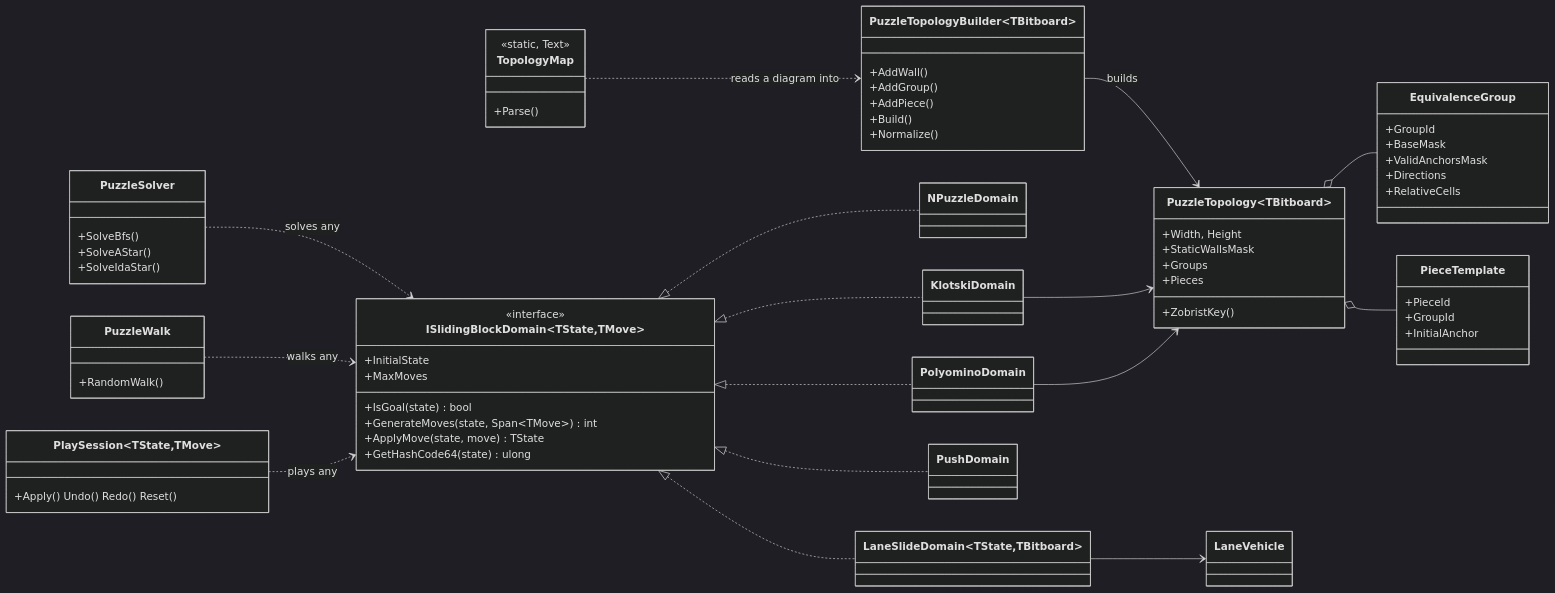
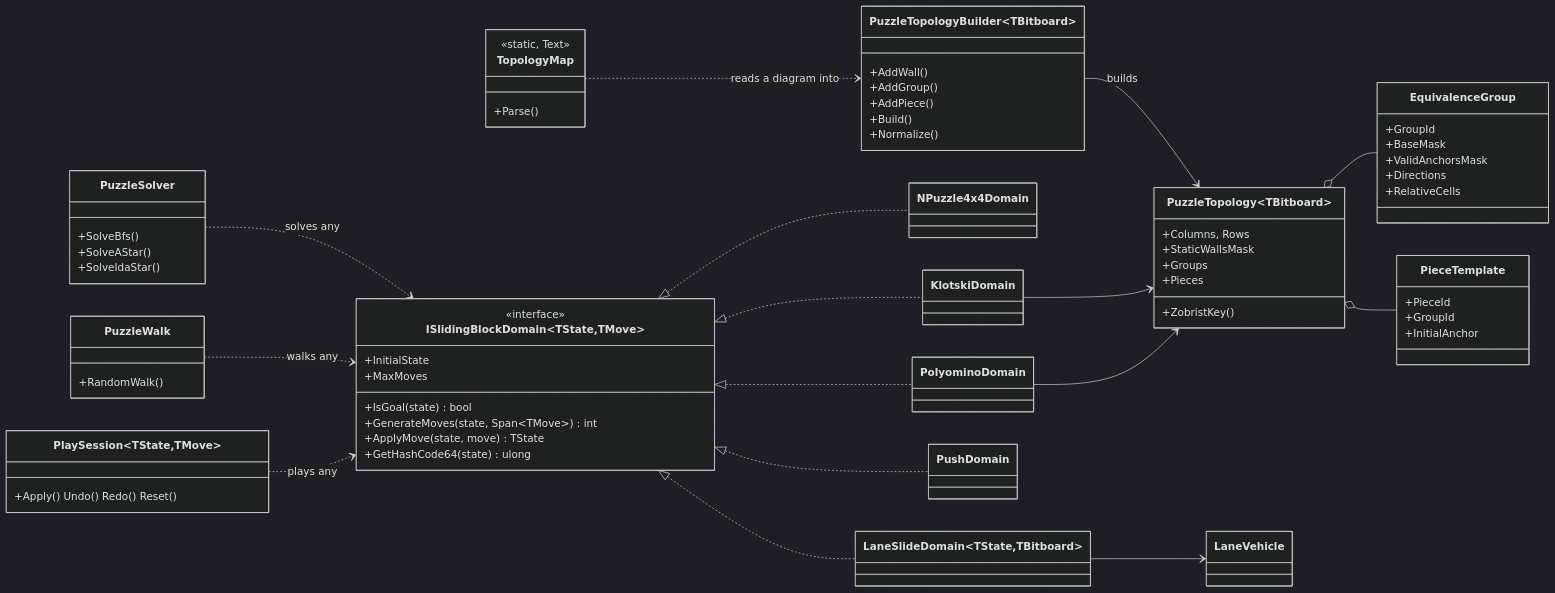
Before and after one commit to th3snark/E2e4.SlidingBlock.Logic: the first of 3 diagrams in docs/05-object-model.md, drawn with Mermaid (dark theme). The commit also changed other lines of this file and 26 other files, not shown here.

First line of the commit message:
Settle the names before 1.0: 4x4 N-puzzle, Hash, Columns and Rows

````diff
--- a/docs/05-object-model.md
+++ b/docs/05-object-model.md
@@ -8,69 +8,69 @@
 ```mermaid
 classDiagram
     direction LR
     class ISlidingBlockDomain~TState,TMove~ {
         <<interface>>
         +InitialState
         +MaxMoves
         +IsGoal(state) bool
         +GenerateMoves(state, Span~TMove~) int
         +ApplyMove(state, move) TState
         +GetHashCode64(state) ulong
     }
     class PuzzleSolver {
         +SolveBfs()
         +SolveAStar()
         +SolveIdaStar()
     }
     class PuzzleWalk {
         +RandomWalk()
     }
     class PlaySession~TState,TMove~ {
         +Apply() Undo() Redo() Reset()
     }
     class PuzzleTopology~TBitboard~ {
-        +Width, Height
+        +Columns, Rows
         +StaticWallsMask
         +Groups
         +Pieces
         +ZobristKey()
     }
     class TopologyMap {
         <<static, Text>>
         +Parse()
     }
     class PuzzleTopologyBuilder~TBitboard~ {
         +AddWall()
         +AddGroup()
         +AddPiece()
         +Build()
         +Normalize()
     }
     class EquivalenceGroup {
         +GroupId
         +BaseMask
         +ValidAnchorsMask
         +Directions
         +RelativeCells
     }
     class PieceTemplate {
         +PieceId
         +GroupId
         +InitialAnchor
     }
     PuzzleTopologyBuilder --> PuzzleTopology : builds
     TopologyMap ..> PuzzleTopologyBuilder : reads a diagram into
     PuzzleTopology o-- EquivalenceGroup
     PuzzleTopology o-- PieceTemplate
     PuzzleSolver ..> ISlidingBlockDomain : solves any
     PuzzleWalk ..> ISlidingBlockDomain : walks any
     PlaySession ..> ISlidingBlockDomain : plays any
-    ISlidingBlockDomain <|.. NPuzzleDomain
+    ISlidingBlockDomain <|.. NPuzzle4x4Domain
     ISlidingBlockDomain <|.. KlotskiDomain
     ISlidingBlockDomain <|.. LaneSlideDomain~TState,TBitboard~
     ISlidingBlockDomain <|.. PushDomain
     ISlidingBlockDomain <|.. PolyominoDomain
     KlotskiDomain --> PuzzleTopology
     PolyominoDomain --> PuzzleTopology
     LaneSlideDomain~TState,TBitboard~ --> LaneVehicle
 ```
````
